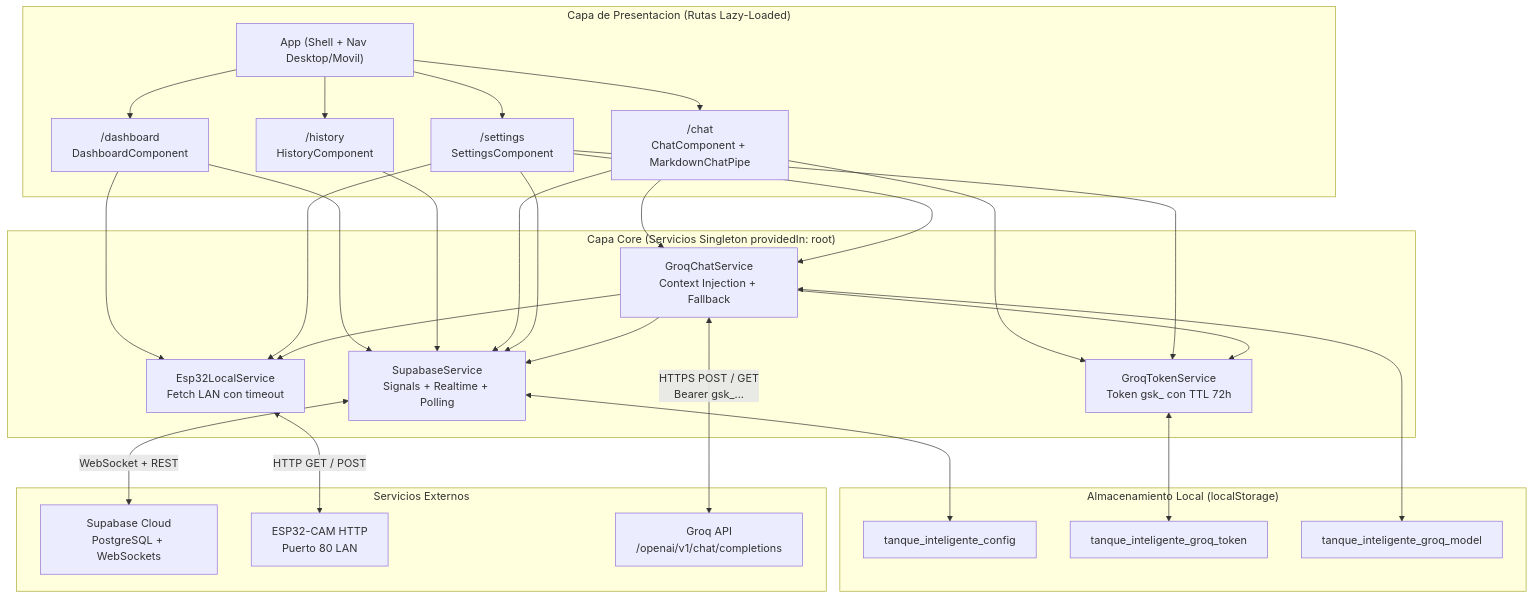
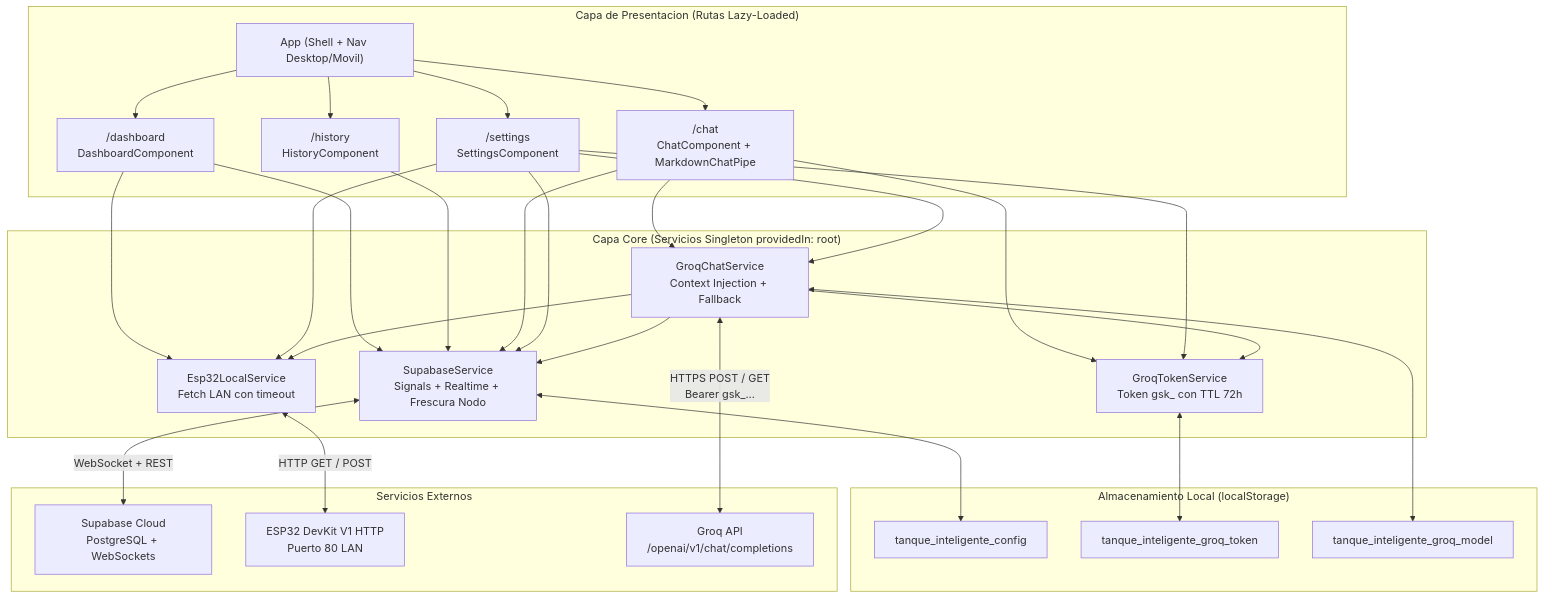
Before and after one commit to CarlitosSR/frontend_tanque-inteligente: the diagram in docs/docs_frontend/arquitectura-frontend.md, drawn with Mermaid. The commit also changed other lines of this file and 8 other files, not shown here.

First line of the commit message:
docs: sincronizar README, documentacion frontend y guias de firmware ESP32 DevKit V1

````diff
--- a/docs/docs_frontend/arquitectura-frontend.md
+++ b/docs/docs_frontend/arquitectura-frontend.md
@@ -28,46 +29,46 @@
 ```mermaid
 flowchart TB
     subgraph UI["Capa de Presentacion (Rutas Lazy-Loaded)"]
         APP["App (Shell + Nav Desktop/Movil)"]
         DASH["/dashboard\nDashboardComponent"]
         HIST["/history\nHistoryComponent"]
         CHAT["/chat\nChatComponent + MarkdownChatPipe"]
         SETT["/settings\nSettingsComponent"]
     end
 
     subgraph CORE["Capa Core (Servicios Singleton providedIn: root)"]
-        SUPA["SupabaseService\nSignals + Realtime + Polling"]
+        SUPA["SupabaseService\nSignals + Realtime + Frescura Nodo"]
         ESP["Esp32LocalService\nFetch LAN con timeout"]
         GTOK["GroqTokenService\nToken gsk_ con TTL 72h"]
         GCHAT["GroqChatService\nContext Injection + Fallback"]
     end
 
     subgraph BROWSER["Almacenamiento Local (localStorage)"]
         LS_CFG["tanque_inteligente_config"]
         LS_TOK["tanque_inteligente_groq_token"]
         LS_MOD["tanque_inteligente_groq_model"]
     end
 
     subgraph EXT["Servicios Externos"]
         CLOUD["Supabase Cloud\nPostgreSQL + WebSockets"]
-        MCU["ESP32-CAM HTTP\nPuerto 80 LAN"]
+        MCU["ESP32 DevKit V1 HTTP\nPuerto 80 LAN"]
         GROQ["Groq API\n/openai/v1/chat/completions"]
     end
 
     APP --> DASH & HIST & CHAT & SETT
 
     DASH --> SUPA & ESP
     HIST --> SUPA
     CHAT --> SUPA & GTOK & GCHAT
     SETT --> SUPA & ESP & GTOK & GCHAT
 
     GCHAT --> SUPA & ESP & GTOK
 
     SUPA <-->|"WebSocket + REST"| CLOUD
     ESP <-->|"HTTP GET / POST"| MCU
     GCHAT <-->|"HTTPS POST / GET\nBearer gsk_..."| GROQ
 
     SUPA <--> LS_CFG
     GTOK <--> LS_TOK
     GCHAT <--> LS_MOD
 ```
````
